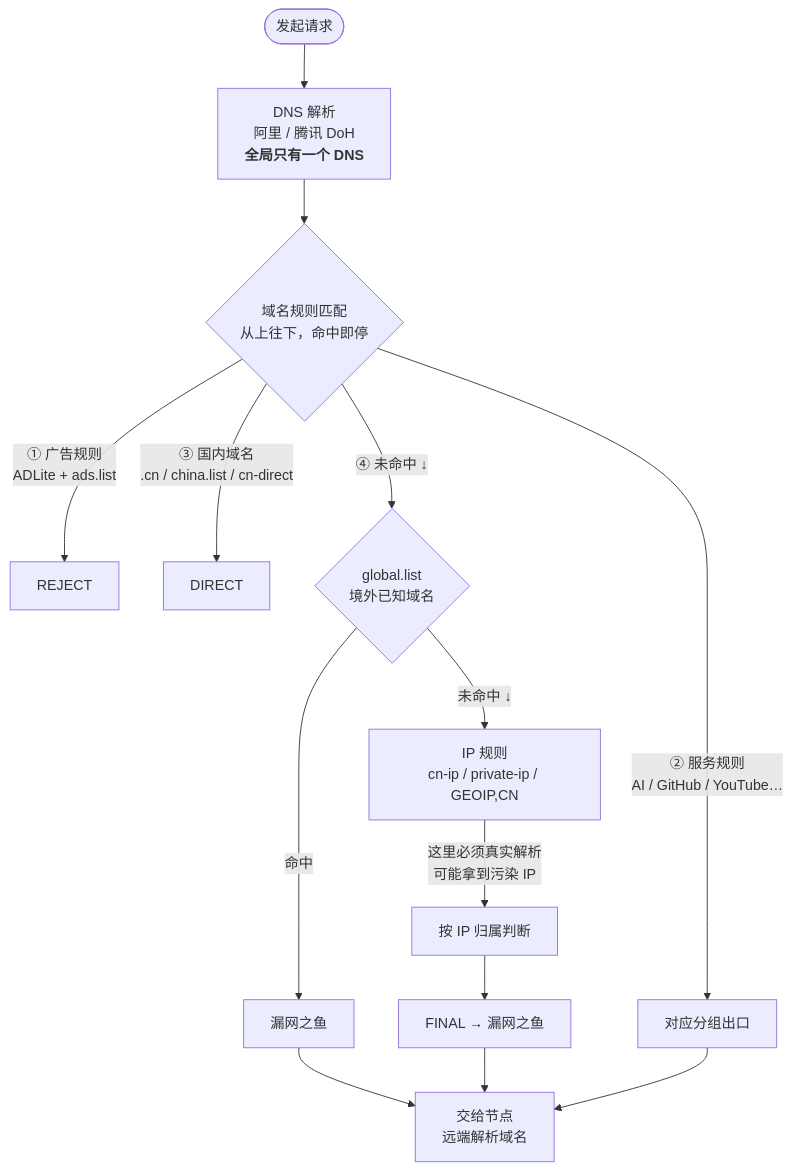
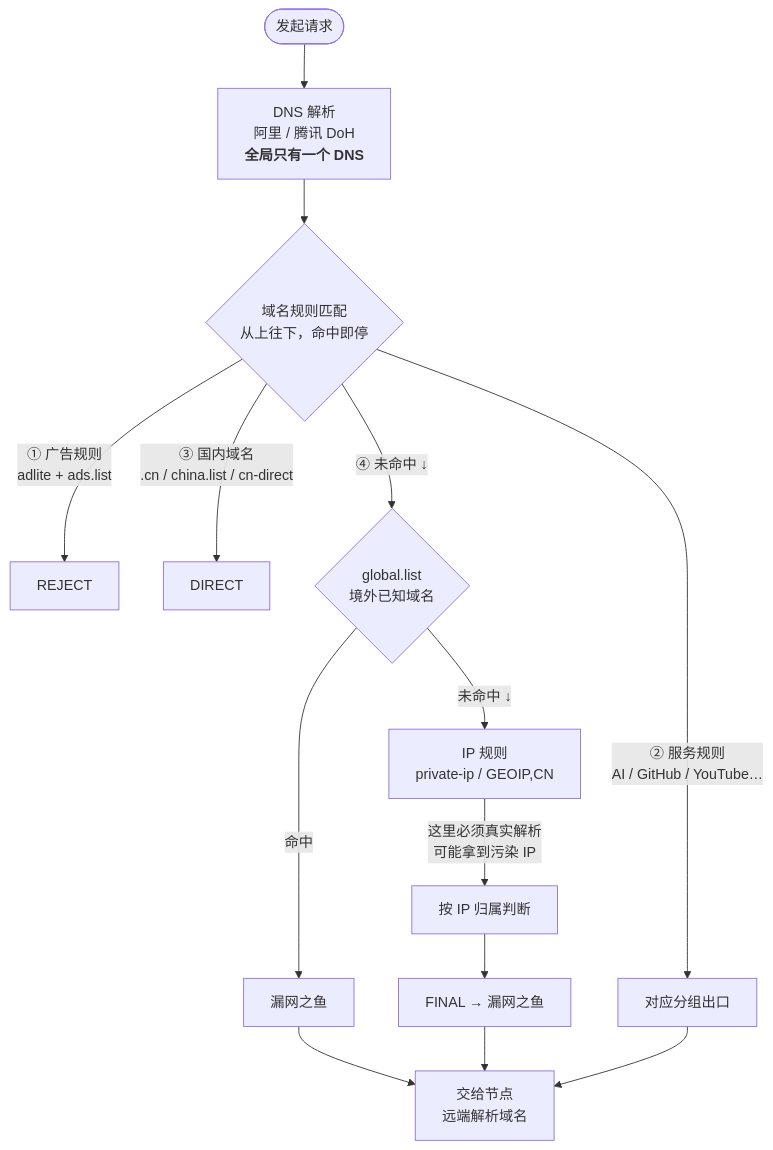
The first of 3 diagrams in README.md (chaojiman/sr-rules), drawn with Mermaid before and after one commit. The commit also changed other lines of this file and 20 other files, not shown here.

````diff
--- a/README.md
+++ b/README.md
@@ -63,19 +63,19 @@
 ```mermaid
 flowchart TD
     A([发起请求]) --> B["DNS 解析<br/>阿里 / 腾讯 DoH<br/><b>全局只有一个 DNS</b>"]
     B --> C{"域名规则匹配<br/>从上往下，命中即停"}
 
-    C -->|"① 广告规则<br/>ADLite + ads.list"| R1[REJECT]
+    C -->|"① 广告规则<br/>adlite + ads.list"| R1[REJECT]
     C -->|"② 服务规则<br/>AI / GitHub / YouTube…"| R2[对应分组出口]
     C -->|"③ 国内域名<br/>.cn / china.list / cn-direct"| R3[DIRECT]
     C -->|"④ 未命中 ↓"| D{"global.list<br/>境外已知域名"}
 
     D -->|命中| P1[漏网之鱼]
-    D -->|"未命中 ↓"| E["IP 规则<br/>cn-ip / private-ip / GEOIP,CN"]
+    D -->|"未命中 ↓"| E["IP 规则<br/>private-ip / GEOIP,CN"]
     E -->|"这里必须真实解析<br/>可能拿到污染 IP"| F[按 IP 归属判断]
     F --> G[FINAL → 漏网之鱼]
 
     P1 --> H["交给节点<br/>远端解析域名"]
     G --> H
     R2 --> H
 ```
````
